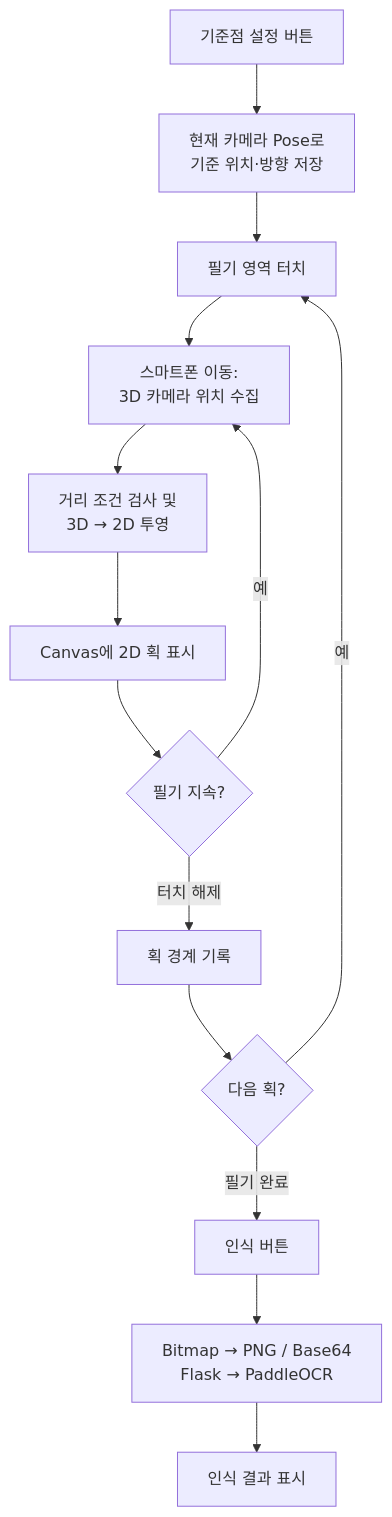
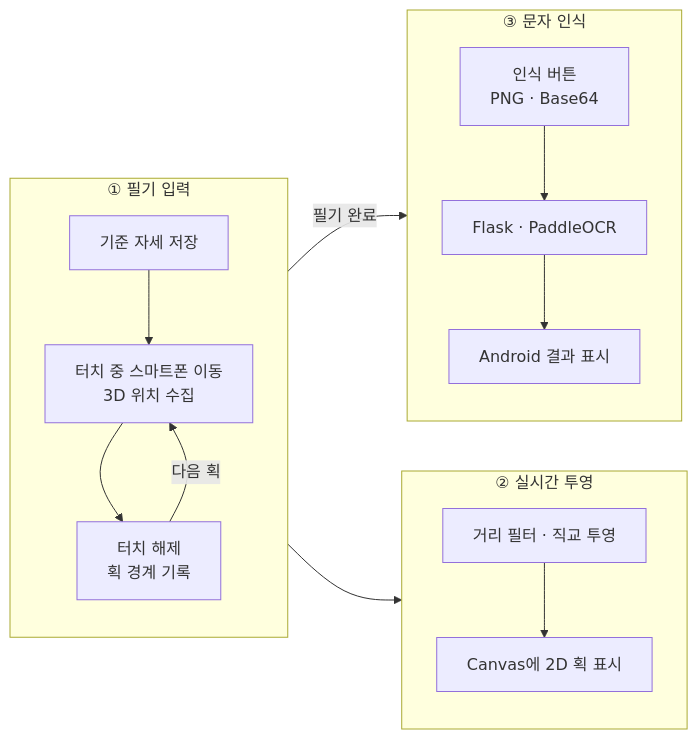
Before and after one commit to scr08212/air-drawing: the second of 2 diagrams in docs/architecture.md, drawn with Mermaid. The commit also changed other lines of this file, not shown here.

Commit message:
docs: improve architecture and air-writing flowchart readability

````diff
--- a/docs/architecture.md
+++ b/docs/architecture.md
@@ -39,16 +39,20 @@
 ```mermaid
-flowchart TD
-    A["기준점 설정 버튼"] --> B["현재 카메라 Pose로<br/>기준 위치·방향 저장"]
-    B --> C["필기 영역 터치"]
-    C --> D["스마트폰 이동:<br/>3D 카메라 위치 수집"]
-    D --> E["거리 조건 검사 및<br/>3D → 2D 투영"]
-    E --> F["Canvas에 2D 획 표시"]
-    F --> G{"필기 지속?"}
-    G -->|"예"| D
-    G -->|"터치 해제"| H["획 경계 기록"]
-    H --> I{"다음 획?"}
-    I -->|"예"| C
-    I -->|"필기 완료"| J["인식 버튼"]
-    J --> K["Bitmap → PNG / Base64<br/>Flask → PaddleOCR"]
-    K --> L["인식 결과 표시"]
+flowchart LR
+    subgraph Input["① 필기 입력"]
+        direction TB
+        A["기준 자세 저장"] --> B["터치 중 스마트폰 이동<br/>3D 위치 수집"]
+        B --> C["터치 해제<br/>획 경계 기록"]
+        C -->|"다음 획"| B
+    end
+    subgraph Preview["② 실시간 투영"]
+        direction TB
+        D["거리 필터 · 직교 투영"] --> E["Canvas에 2D 획 표시"]
+    end
+    subgraph OCR["③ 문자 인식"]
+        direction TB
+        F["인식 버튼<br/>PNG · Base64"] --> G["Flask · PaddleOCR"]
+        G --> H["Android 결과 표시"]
+    end
+    B --> D
+    C -->|"필기 완료"| F
 ```
````
